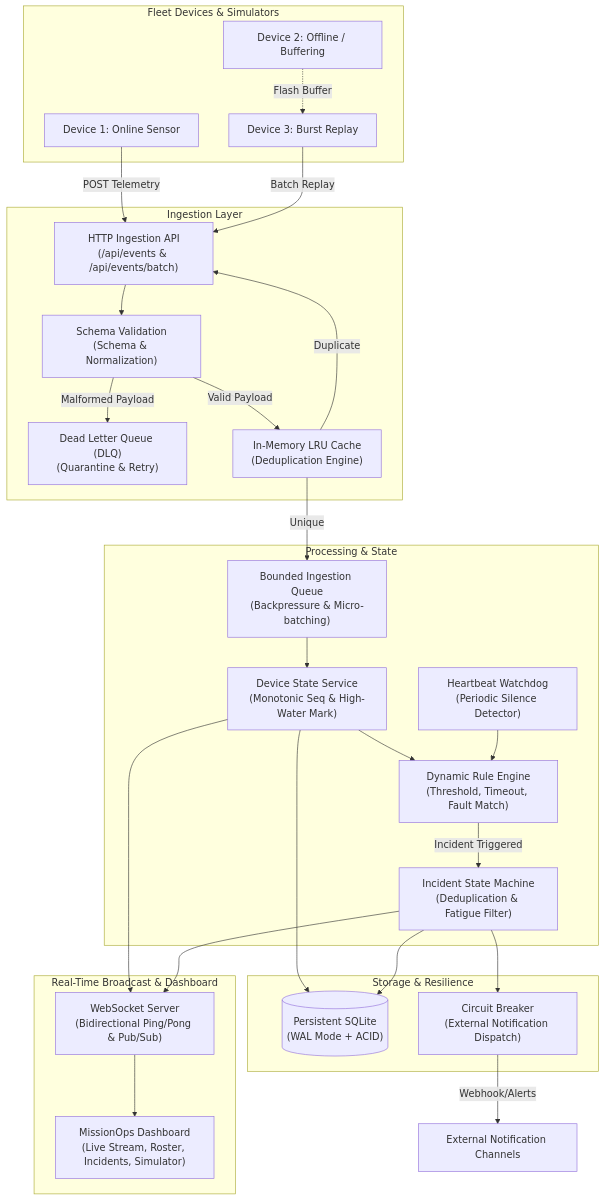
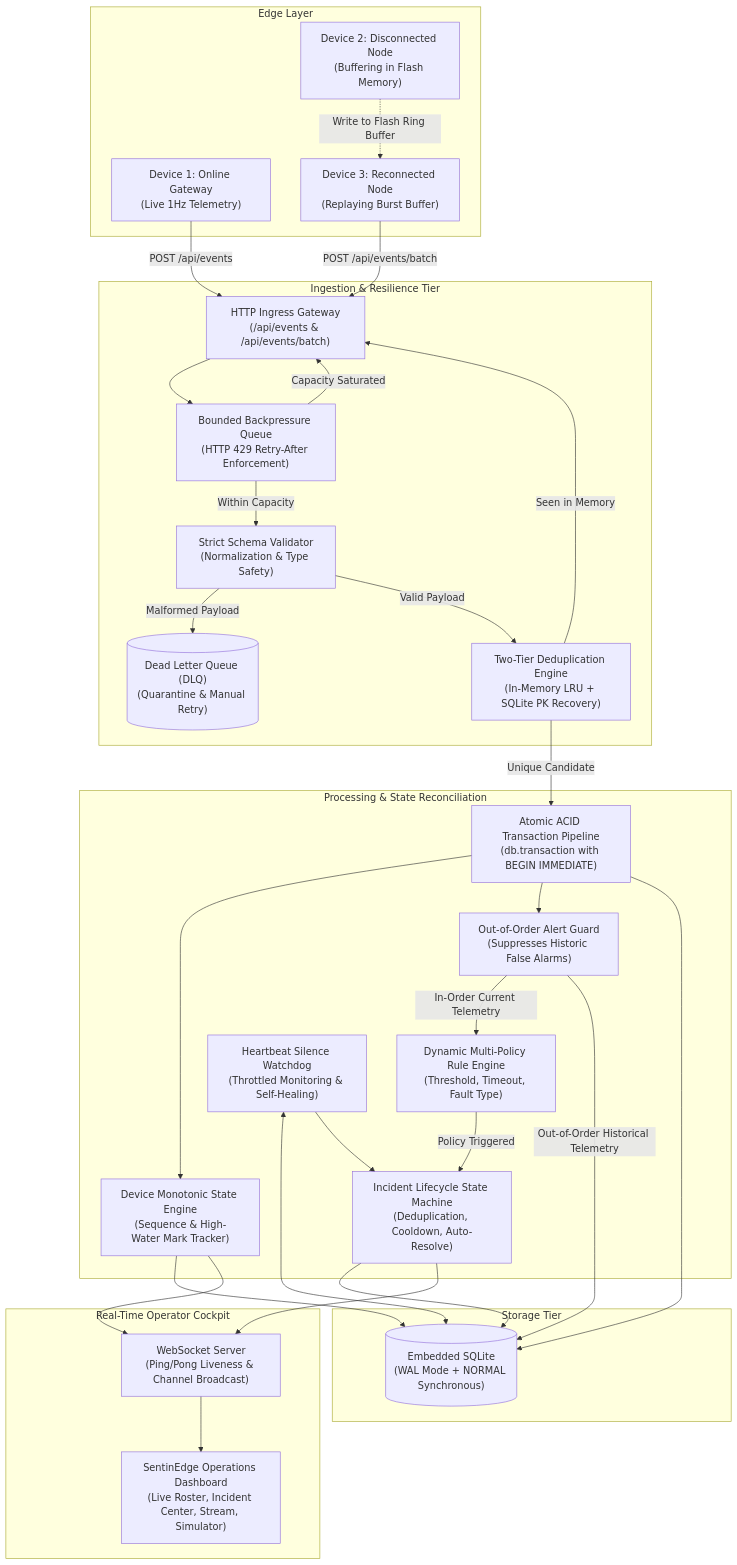
The diagram in docs/ARCHITECTURE.md (atulrana0209/SentinEdge), drawn with Mermaid before and after one commit. The commit also changed other lines of this file and 35 other files, not shown here.

Commit message:
feat: complete SentinEdge architecture, transactions, and UI overhaul

````diff
--- a/docs/ARCHITECTURE.md
+++ b/docs/ARCHITECTURE.md
@@ -7,57 +23,63 @@
 ```mermaid
 graph TD
-    subgraph Fleet Devices & Simulators
-        D1[Device 1: Online Sensor]
-        D2[Device 2: Offline / Buffering]
-        D3[Device 3: Burst Replay]
+    subgraph Edge Layer
+        D1["Device 1: Online Gateway<br/>(Live 1Hz Telemetry)"]
+        D2["Device 2: Disconnected Node<br/>(Buffering in Flash Memory)"]
+        D3["Device 3: Reconnected Node<br/>(Replaying Burst Buffer)"]
     end
 
-    subgraph Ingestion Layer
-        API["HTTP Ingestion API<br/>(/api/events & /api/events/batch)"]
-        VAL["Schema Validation<br/>(Schema & Normalization)"]
-        DLQ["Dead Letter Queue (DLQ)<br/>(Quarantine & Retry)"]
-        DEDUP["In-Memory LRU Cache<br/>(Deduplication Engine)"]
+    subgraph Ingestion & Resilience Tier
+        API["HTTP Ingress Gateway<br/>(/api/events & /api/events/batch)"]
+        BACKPRESSURE["Bounded Backpressure Queue<br/>(HTTP 429 Retry-After Enforcement)"]
+        SCHEMA["Strict Schema Validator<br/>(Normalization & Type Safety)"]
+        DLQ[("Dead Letter Queue (DLQ)<br/>(Quarantine & Manual Retry)")]
+        DEDUP["Two-Tier Deduplication Engine<br/>(In-Memory LRU + SQLite PK Recovery)"]
     end
 
-    subgraph Processing & State
-        QUEUE["Bounded Ingestion Queue<br/>(Backpressure & Micro-batching)"]
-        DEVICE_SVC["Device State Service<br/>(Monotonic Seq & High-Water Mark)"]
-        WATCHDOG["Heartbeat Watchdog<br/>(Periodic Silence Detector)"]
-        RULES["Dynamic Rule Engine<br/>(Threshold, Timeout, Fault Match)"]
-        INCIDENTS["Incident State Machine<br/>(Deduplication & Fatigue Filter)"]
+    subgraph Processing & State Reconciliation
+        TX["Atomic ACID Transaction Pipeline<br/>(db.transaction with BEGIN IMMEDIATE)"]
+        DEVICE_SVC["Device Monotonic State Engine<br/>(Sequence & High-Water Mark Tracker)"]
+        OUT_OF_ORDER_GUARD["Out-of-Order Alert Guard<br/>(Suppresses Historic False Alarms)"]
+        RULES["Dynamic Multi-Policy Rule Engine<br/>(Threshold, Timeout, Fault Type)"]
+        INCIDENT_SM["Incident Lifecycle State Machine<br/>(Deduplication, Cooldown, Auto-Resolve)"]
+        WATCHDOG["Heartbeat Silence Watchdog<br/>(Throttled Monitoring & Self-Healing)"]
     end
 
-    subgraph Storage & Resilience
-        DB[("Persistent SQLite<br/>(WAL Mode + ACID)")]
-        CIRCUIT["Circuit Breaker<br/>(External Notification Dispatch)"]
+    subgraph Storage Tier
+        DB[("Embedded SQLite<br/>(WAL Mode + NORMAL Synchronous)")]
     end
 
-    subgraph Real-Time Broadcast & Dashboard
-        WS["WebSocket Server<br/>(Bidirectional Ping/Pong & Pub/Sub)"]
-        UI["MissionOps Dashboard<br/>(Live Stream, Roster, Incidents, Simulator)"]
+    subgraph Real-Time Operator Cockpit
+        WS["WebSocket Server<br/>(Ping/Pong Liveness & Channel Broadcast)"]
+        UI["SentinEdge Operations Dashboard<br/>(Live Roster, Incident Center, Stream, Simulator)"]
     end
 
-    D1 -->|POST Telemetry| API
-    D2 -.->|Flash Buffer| D3
-    D3 -->|Batch Replay| API
+    D1 -->|POST /api/events| API
+    D2 -.->|Write to Flash Ring Buffer| D3
+    D3 -->|POST /api/events/batch| API
 
-    API --> VAL
-    VAL -->|Malformed Payload| DLQ
-    VAL -->|Valid Payload| DEDUP
-    DEDUP -->|Duplicate| API
-    DEDUP -->|Unique| QUEUE
+    API --> BACKPRESSURE
+    BACKPRESSURE -->|Capacity Saturated| API
+    BACKPRESSURE -->|Within Capacity| SCHEMA
+    SCHEMA -->|Malformed Payload| DLQ
+    SCHEMA -->|Valid Payload| DEDUP
 
-    QUEUE --> DEVICE_SVC
+    DEDUP -->|Seen in Memory| API
+    DEDUP -->|Unique Candidate| TX
+
+    TX --> DEVICE_SVC
     DEVICE_SVC --> DB
-    DEVICE_SVC --> RULES
-    WATCHDOG --> RULES
+    TX --> OUT_OF_ORDER_GUARD
+    OUT_OF_ORDER_GUARD -->|In-Order Current Telemetry| RULES
+    OUT_OF_ORDER_GUARD -->|Out-of-Order Historical Telemetry| DB
+    WATCHDOG <--> DB
+    WATCHDOG --> INCIDENT_SM
 
-    RULES -->|Incident Triggered| INCIDENTS
-    INCIDENTS --> DB
-    INCIDENTS --> CIRCUIT
-    CIRCUIT -->|Webhook/Alerts| EXT["External Notification Channels"]
+    RULES -->|Policy Triggered| INCIDENT_SM
+    INCIDENT_SM --> DB
+    TX --> DB
 
     DEVICE_SVC --> WS
-    INCIDENTS --> WS
+    INCIDENT_SM --> WS
     WS --> UI
 ```
````
